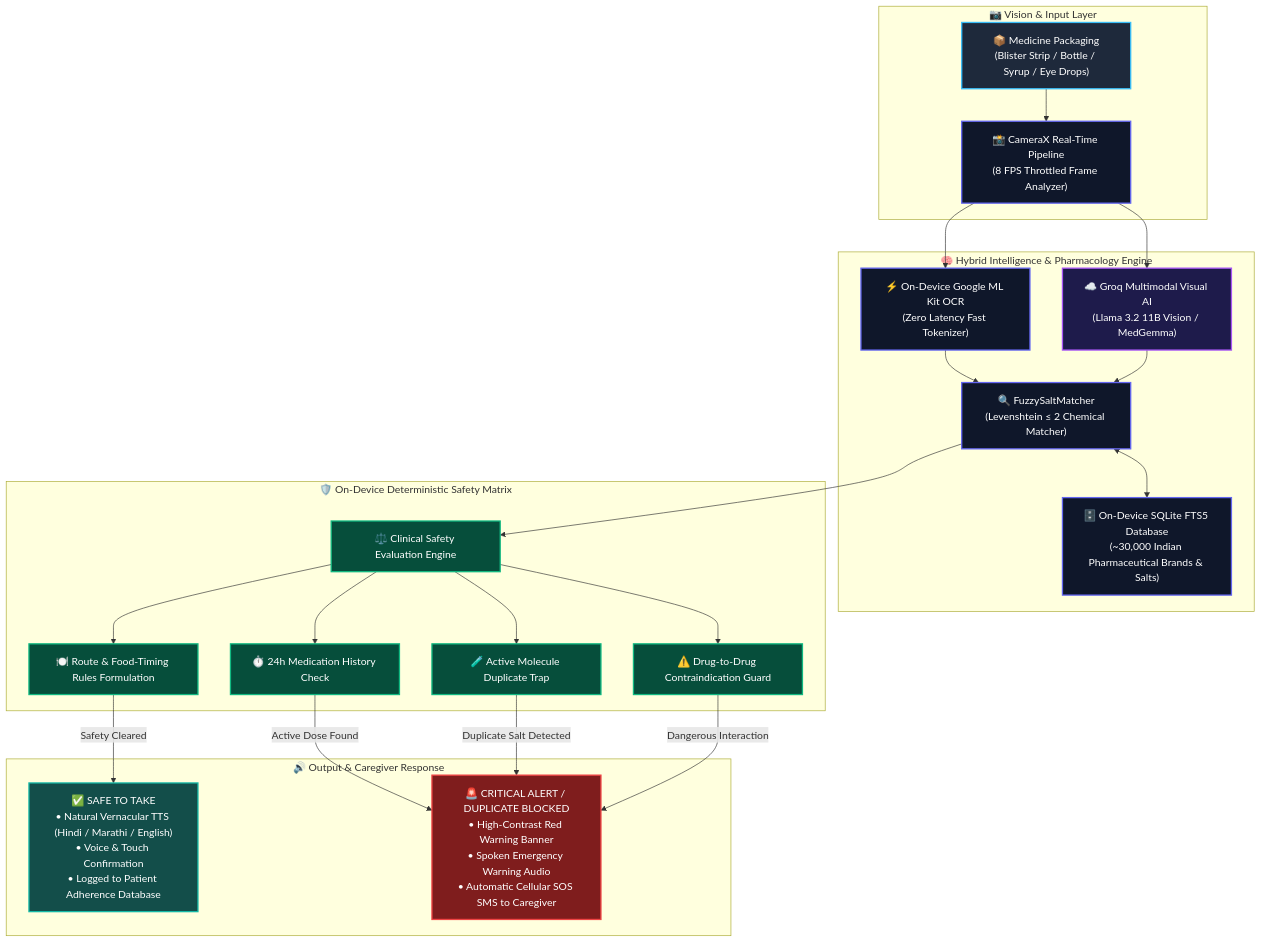
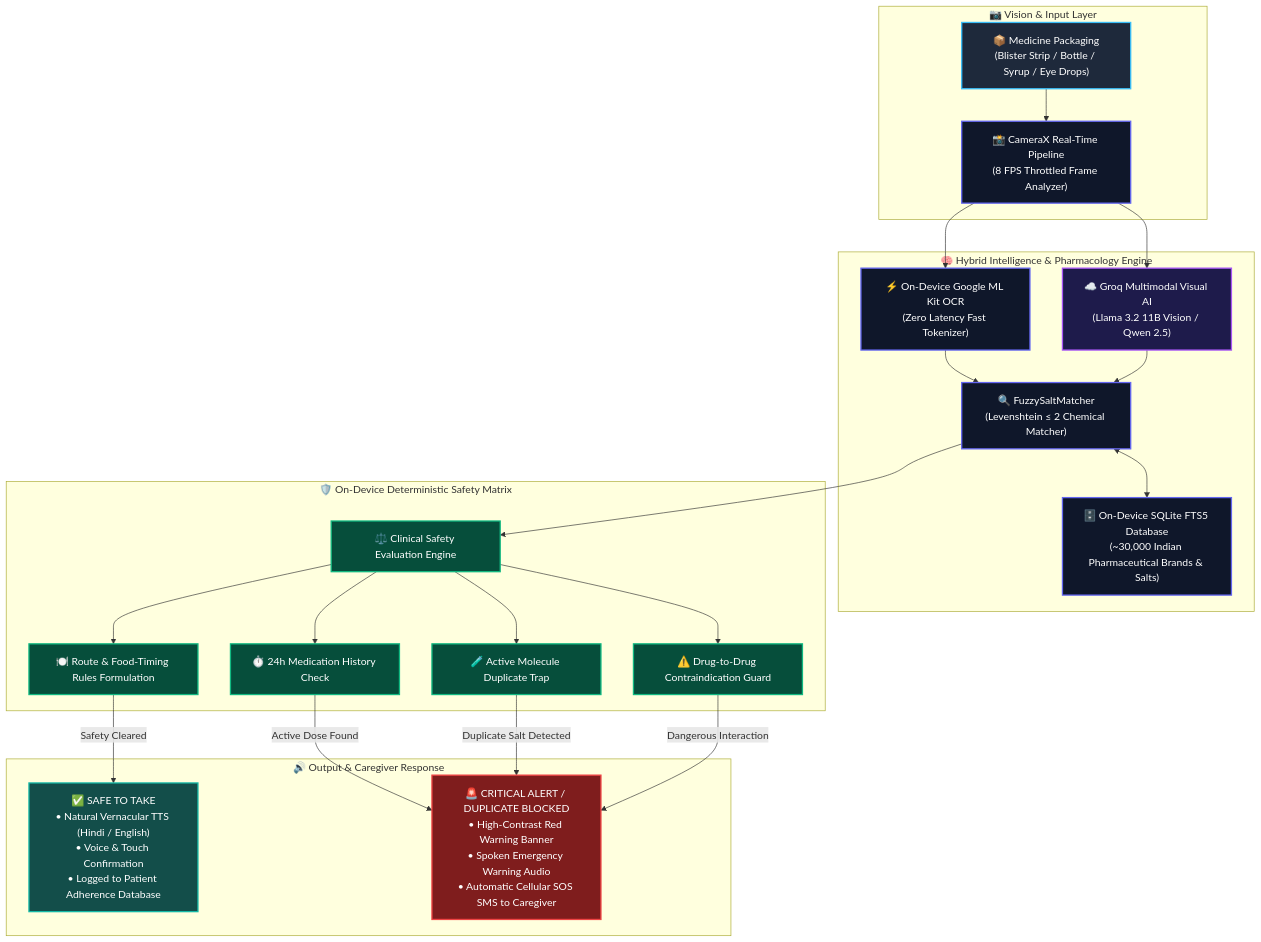
The diagram in README.md (AshrafGalaxy/MedVoice), drawn with Mermaid before and after one commit. The commit also changed other lines of this file, not shown here.

Commit message:
docs(readme): correct supported languages to Hindi/English and AI models to Qwen 2.5/Groq Vision

````diff
--- a/README.md
+++ b/README.md
@@ -20,53 +20,53 @@
 ```mermaid
 graph TD
     %% Styling
     classDef inputNode fill:#1E293B,stroke:#38BDF8,stroke-width:2px,color:#FFFFFF;
     classDef visionNode fill:#0F172A,stroke:#6366F1,stroke-width:2px,color:#FFFFFF;
     classDef aiNode fill:#1E1B4B,stroke:#A855F7,stroke-width:2px,color:#FFFFFF;
     classDef safetyNode fill:#064E3B,stroke:#10B981,stroke-width:2px,color:#FFFFFF;
     classDef alertNode fill:#7F1D1D,stroke:#EF4444,stroke-width:2px,color:#FFFFFF;
     classDef actionNode fill:#134E4A,stroke:#14B8A6,stroke-width:2px,color:#FFFFFF;
 
     subgraph Input_Layer ["📷 Vision & Input Layer"]
         A["📦 Medicine Packaging<br/>(Blister Strip / Bottle / Syrup / Eye Drops)"]:::inputNode
         B["📸 CameraX Real-Time Pipeline<br/>(8 FPS Throttled Frame Analyzer)"]:::visionNode
         A --> B
     end
 
     subgraph Hybrid_AI_Layer ["🧠 Hybrid Intelligence & Pharmacology Engine"]
         C1["⚡ On-Device Google ML Kit OCR<br/>(Zero Latency Fast Tokenizer)"]:::visionNode
-        C2["☁️ Groq Multimodal Visual AI<br/>(Llama 3.2 11B Vision / MedGemma)"]:::aiNode
+        C2["☁️ Groq Multimodal Visual AI<br/>(Llama 3.2 11B Vision / Qwen 2.5)"]:::aiNode
         D["🗄️ On-Device SQLite FTS5 Database<br/>(~30,000 Indian Pharmaceutical Brands & Salts)"]:::visionNode
         E["🔍 FuzzySaltMatcher<br/>(Levenshtein ≤ 2 Chemical Matcher)"]:::visionNode
         
         B --> C1
         B --> C2
         C1 --> E
         C2 --> E
         E <--> D
     end
 
     subgraph Clinical_Safety_Matrix ["🛡️ On-Device Deterministic Safety Matrix"]
         F["⚖️ Clinical Safety Evaluation Engine"]:::safetyNode
         F1["⏱️ 24h Medication History Check"]:::safetyNode
         F2["🧪 Active Molecule Duplicate Trap"]:::safetyNode
         F3["⚠️ Drug-to-Drug Contraindication Guard"]:::safetyNode
         F4["🍽️ Route & Food-Timing Rules Formulation"]:::safetyNode
 
         E --> F
         F --> F1
         F --> F2
         F --> F3
         F --> F4
     end
 
     subgraph Outcomes ["🔊 Output & Caregiver Response"]
-        SAFE["✅ SAFE TO TAKE<br/>• Natural Vernacular TTS (Hindi / Marathi / English)<br/>• Voice & Touch Confirmation<br/>• Logged to Patient Adherence Database"]:::actionNode
+        SAFE["✅ SAFE TO TAKE<br/>• Natural Vernacular TTS (Hindi / English)<br/>• Voice & Touch Confirmation<br/>• Logged to Patient Adherence Database"]:::actionNode
         ALERT["🚨 CRITICAL ALERT / DUPLICATE BLOCKED<br/>• High-Contrast Red Warning Banner<br/>• Spoken Emergency Warning Audio<br/>• Automatic Cellular SOS SMS to Caregiver"]:::alertNode
         
         F1 -->|Active Dose Found| ALERT
         F2 -->|Duplicate Salt Detected| ALERT
         F3 -->|Dangerous Interaction| ALERT
         F4 -->|Safety Cleared| SAFE
     end
 ```
````
